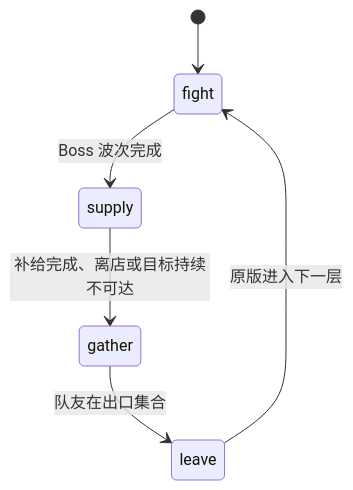
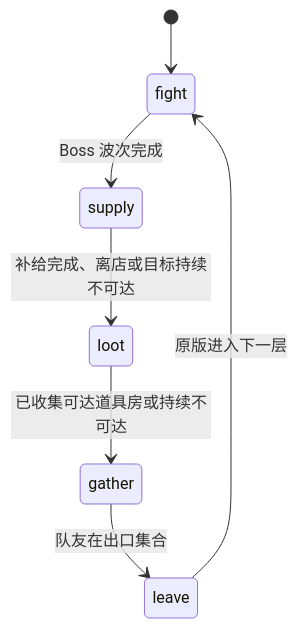
Before and after one commit to BMingSY/isaac-lan: the first of 2 diagrams in docs/lanbot-design.md, drawn with Mermaid. The commit also changed other lines of this file and 19 other files, not shown here.

````diff
--- a/docs/lanbot-design.md
+++ b/docs/lanbot-design.md
@@ -23,8 +23,9 @@
 ```mermaid
 stateDiagram-v2
     [*] --> fight
     fight --> supply: Boss 波次完成
-    supply --> gather: 补给完成、离店或目标持续不可达
+    supply --> loot: 补给完成、离店或目标持续不可达
+    loot --> gather: 已收集可达道具房或持续不可达
     gather --> leave: 队友在出口集合
     leave --> fight: 原版进入下一层
 ```
````
